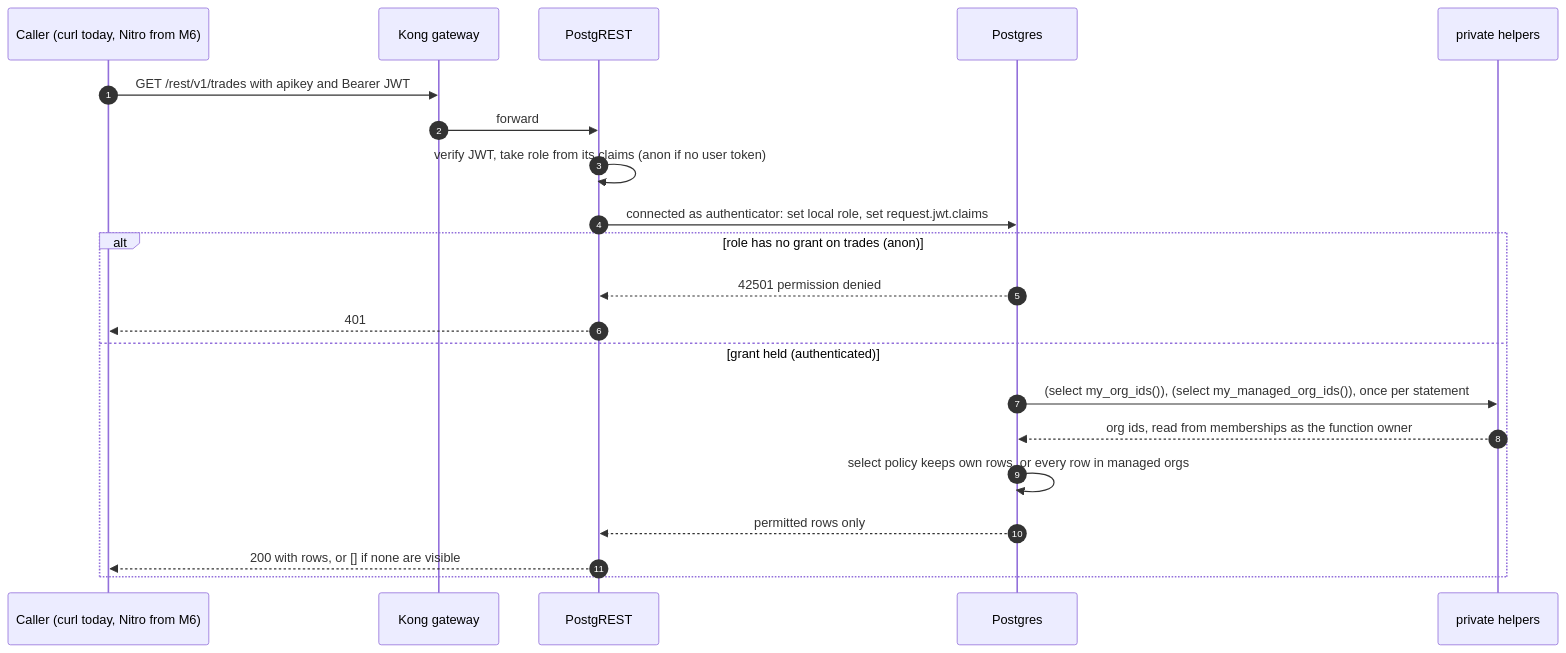
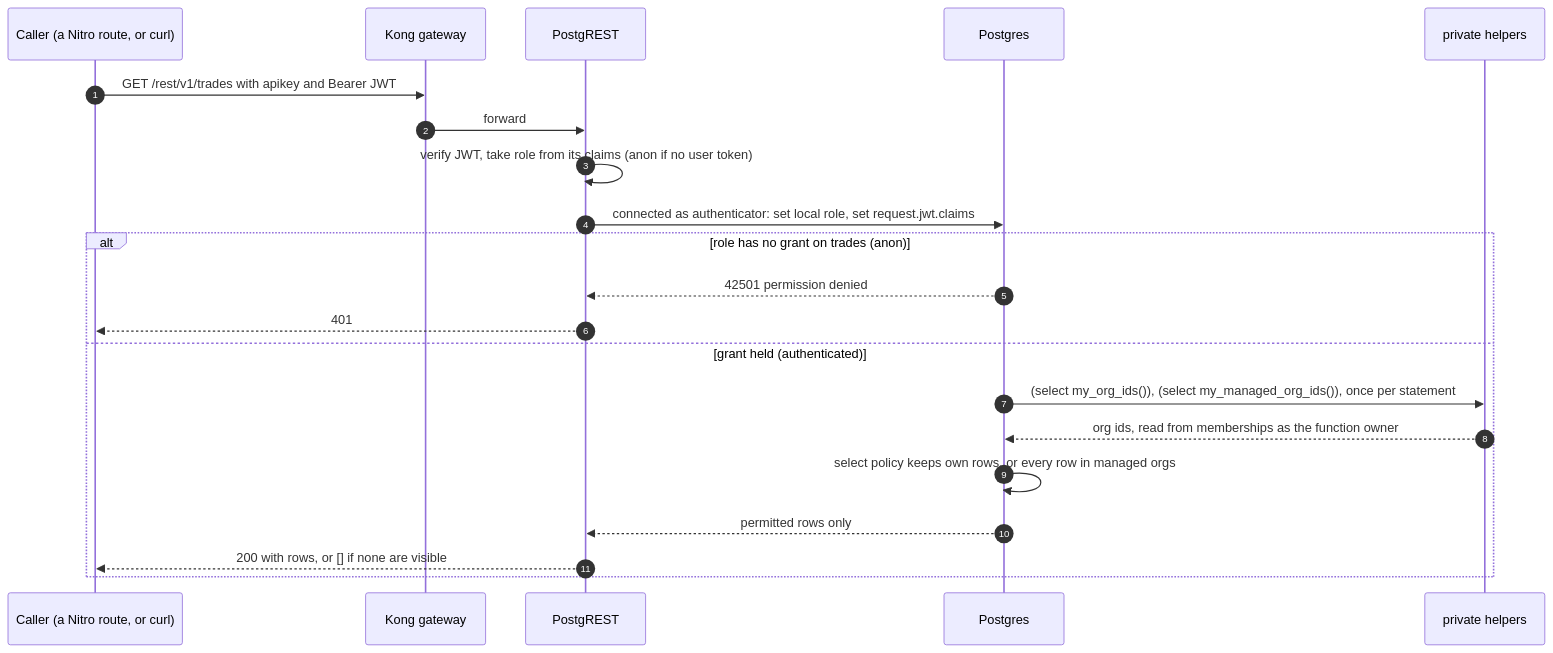
Before and after one commit to 1satwinder/trade-log: the first of 2 diagrams in docs/flows/request-authorisation.md, drawn with Mermaid. The commit also changed other lines of this file and 33 other files, not shown here.

````diff
--- a/docs/flows/request-authorisation.md
+++ b/docs/flows/request-authorisation.md
@@ -16,24 +17,24 @@
 ```mermaid
 sequenceDiagram
   autonumber
-  participant C as Caller (curl today, Nitro from M6)
+  participant C as Caller (a Nitro route, or curl)
   participant K as Kong gateway
   participant R as PostgREST
   participant P as Postgres
   participant H as private helpers
 
   C->>K: GET /rest/v1/trades with apikey and Bearer JWT
   K->>R: forward
   R->>R: verify JWT, take role from its claims (anon if no user token)
   R->>P: connected as authenticator: set local role, set request.jwt.claims
   alt role has no grant on trades (anon)
     P-->>R: 42501 permission denied
     R-->>C: 401
   else grant held (authenticated)
     P->>H: (select my_org_ids()), (select my_managed_org_ids()), once per statement
     H-->>P: org ids, read from memberships as the function owner
     P->>P: select policy keeps own rows, or every row in managed orgs
     P-->>R: permitted rows only
     R-->>C: 200 with rows, or [] if none are visible
   end
 ```
````
